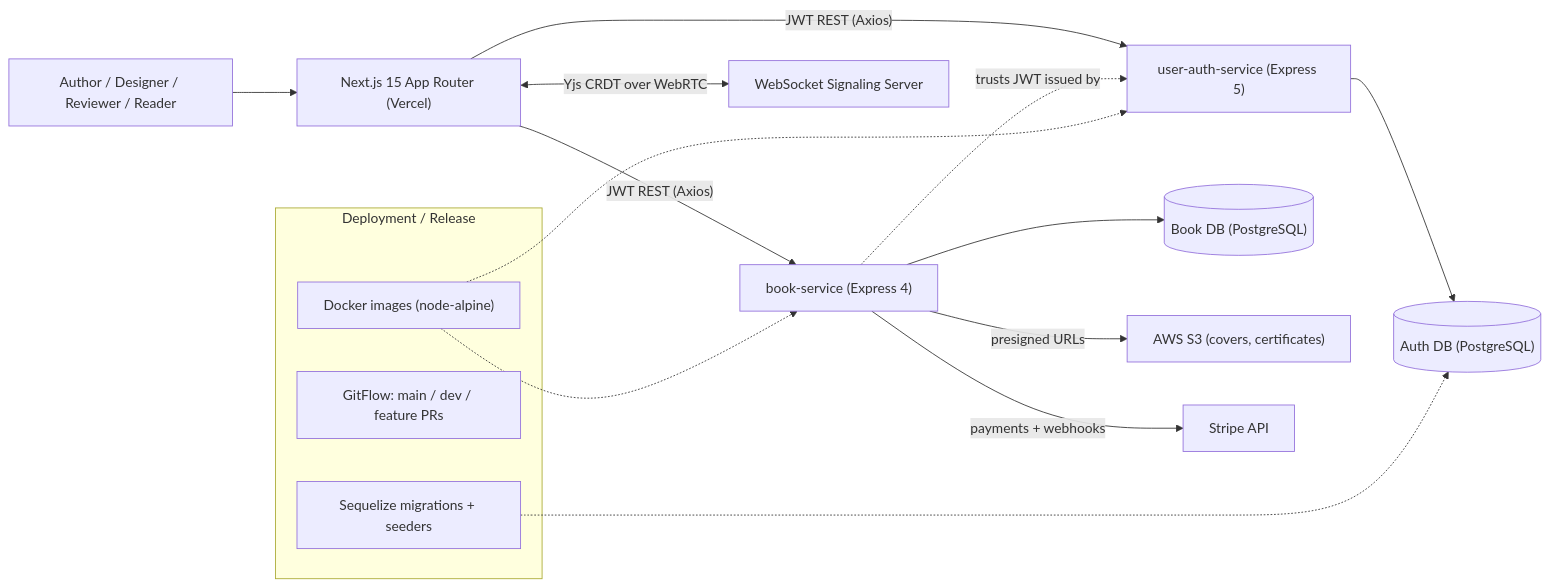
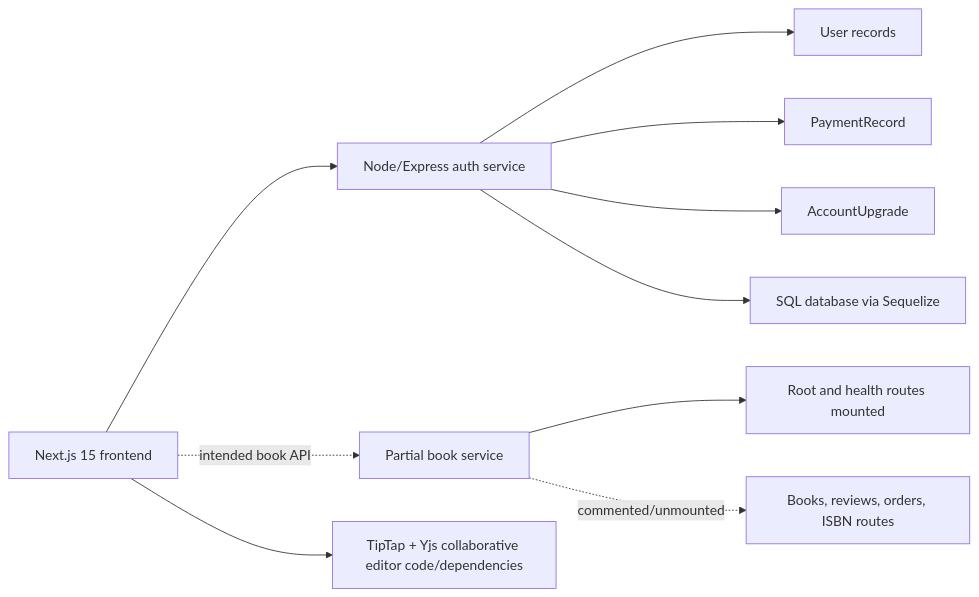
Before and after one commit to ifham-mohamed/ifham.dev: the first of 3 diagrams in docs/projects/rag-release.md, drawn with Mermaid. The commit also changed other lines of this file and 17 other files, not shown here.

````diff
--- a/docs/projects/rag-release.md
+++ b/docs/projects/rag-release.md
@@ -39,20 +57,12 @@
 ```mermaid
 flowchart LR
-  User["Author / Designer / Reviewer / Reader"] --> FE["Next.js 15 App Router (Vercel)"]
-  FE -->|"JWT REST (Axios)"| AUTH["user-auth-service (Express 5)"]
-  FE -->|"JWT REST (Axios)"| BOOK["book-service (Express 4)"]
-  FE <-->|"Yjs CRDT over WebRTC"| SIG["WebSocket Signaling Server"]
-  BOOK -.->|"trusts JWT issued by"| AUTH
-  AUTH --> AUTHDB[("Auth DB (PostgreSQL)")]
-  BOOK --> BOOKDB[("Book DB (PostgreSQL)")]
-  BOOK -->|"presigned URLs"| S3["AWS S3 (covers, certificates)"]
-  BOOK -->|"payments + webhooks"| STRIPE["Stripe API"]
-  subgraph DEPLOY["Deployment / Release"]
-    DOCKER["Docker images (node-alpine)"]
-    GITFLOW["GitFlow: main / dev / feature PRs"]
-    MIG["Sequelize migrations + seeders"]
-  end
-  DOCKER -.-> AUTH
-  DOCKER -.-> BOOK
-  MIG -.-> AUTHDB
+    FE["Next.js 15 frontend"] --> AU["Node/Express auth service"]
+    AU --> U["User records"]
+    AU --> P["PaymentRecord"]
+    AU --> UG["AccountUpgrade"]
+    AU --> DB["SQL database via Sequelize"]
+    FE -. intended book API .-> BS["Partial book service"]
+    BS --> H["Root and health routes mounted"]
+    BS -. commented/unmounted .-> BR["Books, reviews, orders, ISBN routes"]
+    FE --> Y["TipTap + Yjs collaborative editor code/dependencies"]
 ```
````
